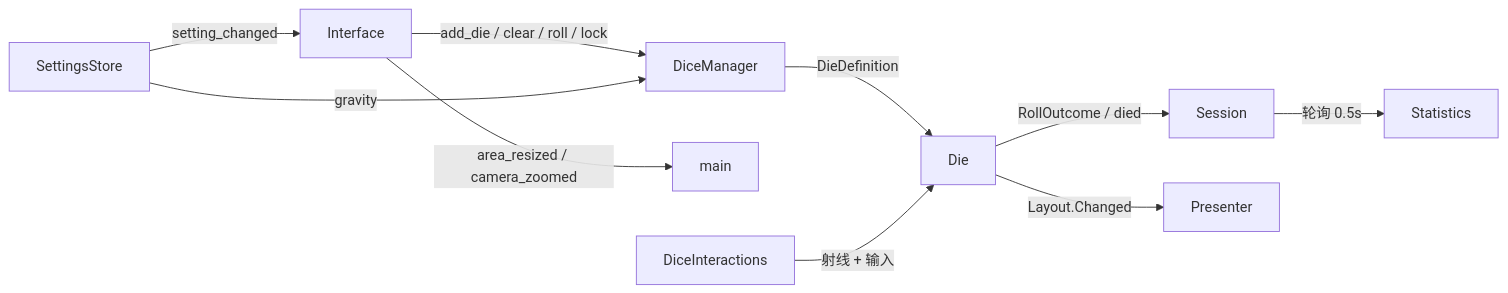
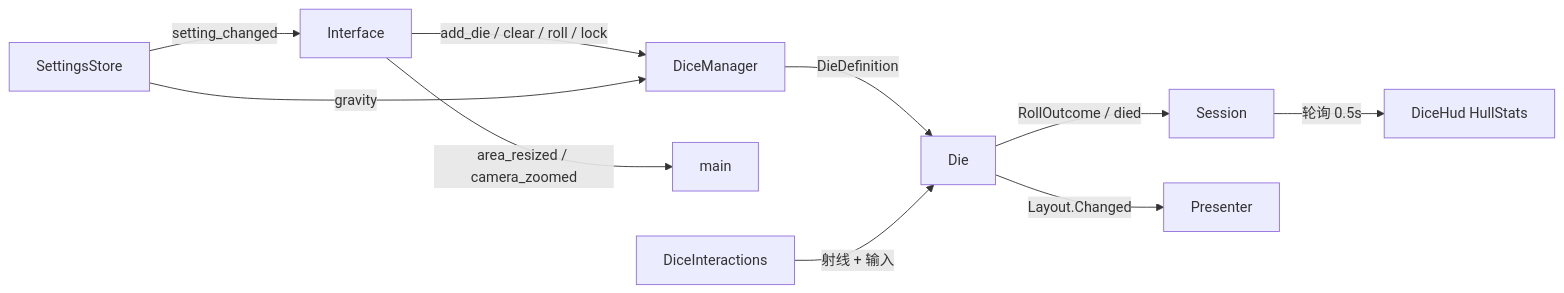
Before and after one commit to Ggross98/Godot-DiceRoller: the diagram in dice-roller/docs/项目文档.md, drawn with Mermaid. The commit also changed other lines of this file and 4 other files, not shown here.

````diff
--- a/dice-roller/docs/项目文档.md
+++ b/dice-roller/docs/项目文档.md
@@ -264,12 +262,12 @@
 ```mermaid
 flowchart LR
   UI[Interface] -->|add_die / clear / roll / lock| DM[DiceManager]
   UI -->|area_resized / camera_zoomed| Main[main]
   DM -->|DieDefinition| Die
   Die -->|RollOutcome / died| Session
   Die -->|Layout.Changed| Presenter
   Interact[DiceInteractions] -->|射线 + 输入| Die
   Settings[SettingsStore] -->|setting_changed| UI
   Settings -->|gravity| DM
-  Session -->|轮询 0.5s| Stats[Statistics]
+  Session -->|轮询 0.5s| Stats[DiceHud HullStats]
 ```
````
